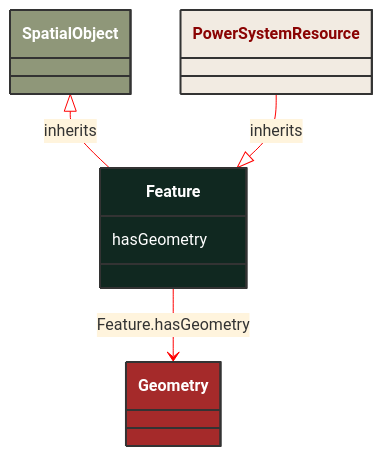
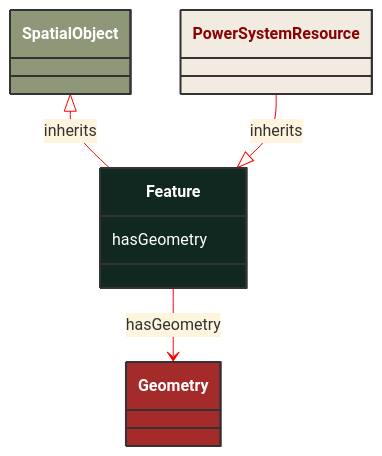
One commit to 3lbits/NoCIMExtensions changed the diagram in docs/Models/Profiles/GridCapacity/ConcreteClasses/Feature.md. Above: the diagram before and after it, drawn with Mermaid. The commit also changed 248 other files, not shown here.

````diff
--- a/docs/Models/Profiles/GridCapacity/ConcreteClasses/Feature.md
+++ b/docs/Models/Profiles/GridCapacity/ConcreteClasses/Feature.md
@@ -8,24 +8,24 @@
 ```mermaid
 %%{init: {'theme':'base','themeVariables': {'lineColor': '#FF0000'}}}%%
 classDiagram
     class Feature
     click Feature href "/Models/Profiles/GridCapacity/ConcreteClasses/Feature/"
     style Feature fill:#102820,stroke:#333,stroke-width:2px,rx:10,ry:10,color:white
      
         SpatialObject <|-- Feature : inherits
             click SpatialObject href "/Models/Profiles/GridCapacity/ConcreteClasses/SpatialObject/"
             style SpatialObject fill:#8F9779,stroke:#333,stroke-width:2px,rx:10,ry:10,color:white
 
         PowerSystemResource --|> Feature : inherits
             click PowerSystemResource href "/Models/Profiles/GridCapacity/AbstractClasses/PowerSystemResource/"
             style PowerSystemResource fill:#F2EBE2,stroke:#333,stroke-width:2px,rx:10,ry:10,color:#8A0303
 
-        Feature --> Geometry : Feature.hasGeometry
+        Feature --> Geometry : hasGeometry
 
         Geometry
             click Geometry href "/Models/Profiles/GridCapacity/ConcreteClasses/Geometry/"
             style Geometry fill:#A52A2A,stroke:#333,stroke-width:2px,rx:10,ry:10,color:white
 
 
         Feature : hasGeometry
 ```
````
